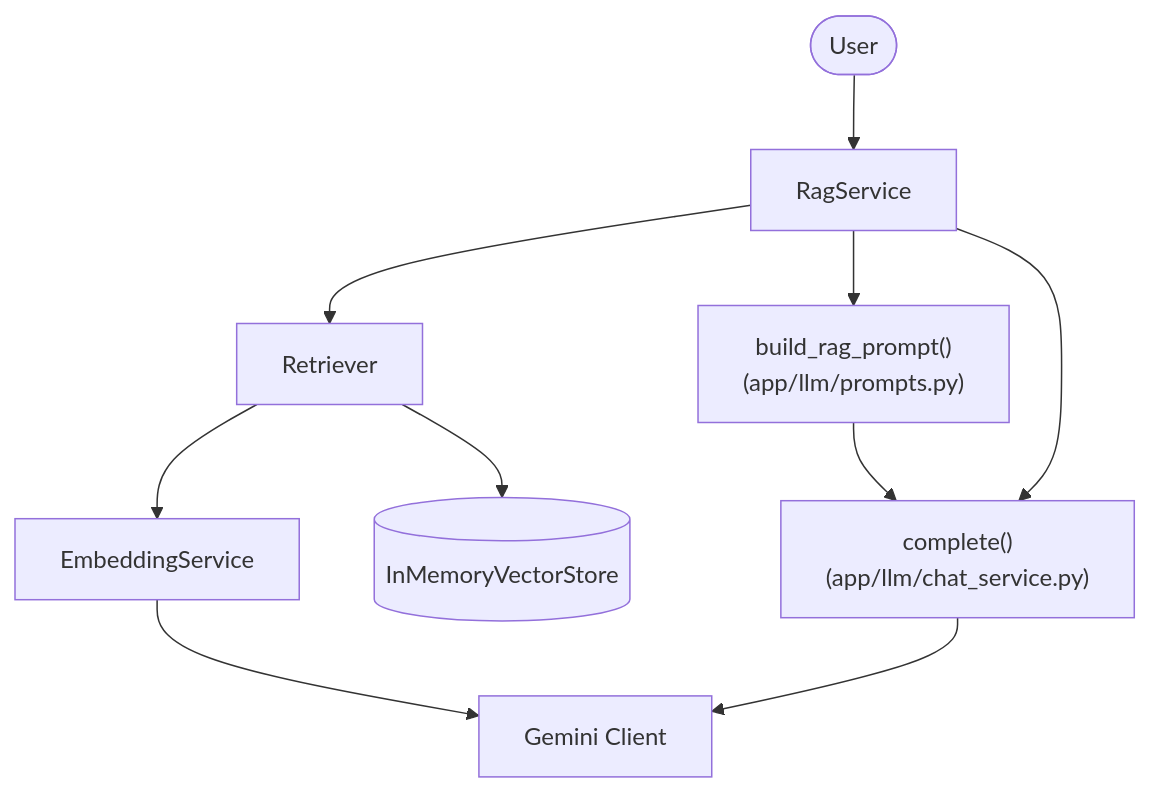
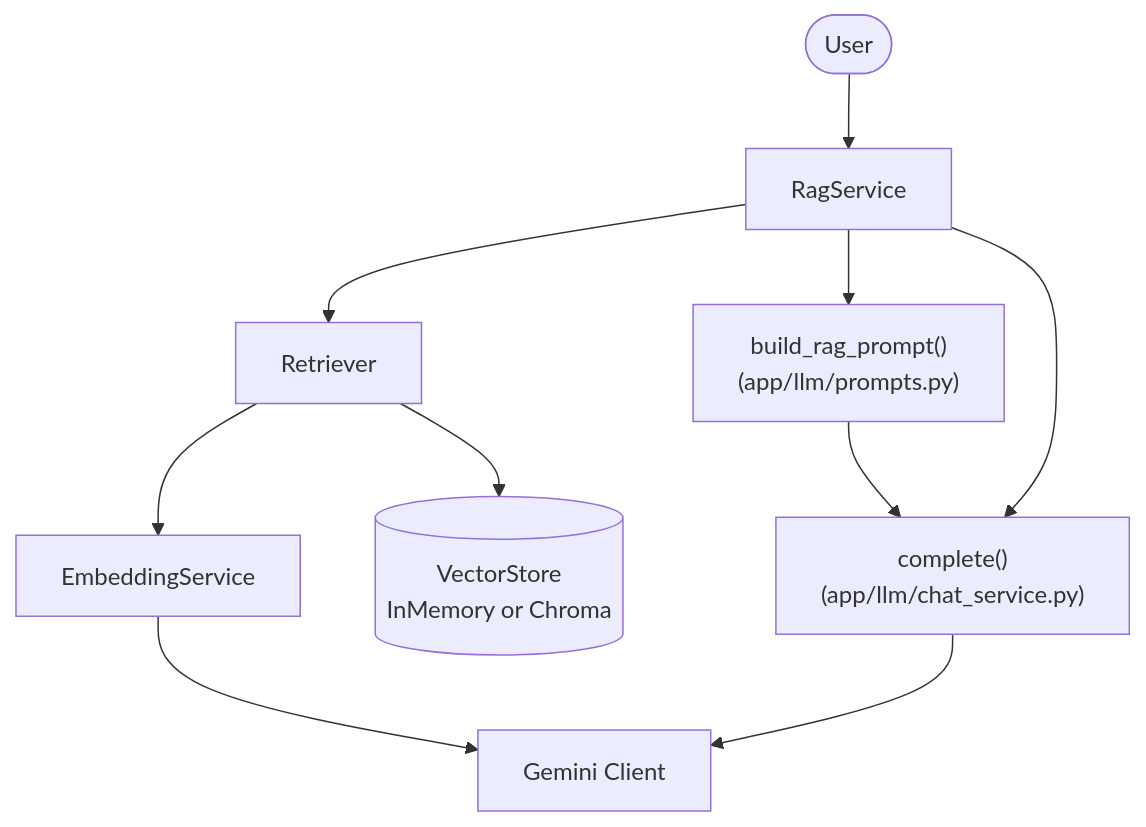
One commit to prakashsrv/docmind changed the first of 2 diagrams in docs/architecture.md. Above: the diagram before and after it, drawn with Mermaid. The commit also changed other lines of this file and 10 other files, not shown here.

````diff
--- a/docs/architecture.md
+++ b/docs/architecture.md
@@ -7,21 +7,21 @@
 ```mermaid
 flowchart TD
     User([User])
     RagService[RagService]
     Retriever[Retriever]
     PromptBuilder["build_rag_prompt()<br/>(app/llm/prompts.py)"]
     Complete["complete()<br/>(app/llm/chat_service.py)"]
     EmbeddingService[EmbeddingService]
-    VectorStore[(InMemoryVectorStore)]
+    VectorStore[(VectorStore<br/>InMemory or Chroma)]
     GeminiClient[Gemini Client]
 
     User --> RagService
     RagService --> Retriever
     RagService --> PromptBuilder
     RagService --> Complete
     Retriever --> EmbeddingService
     Retriever --> VectorStore
     PromptBuilder --> Complete
     EmbeddingService --> GeminiClient
     Complete --> GeminiClient
 ```
````
